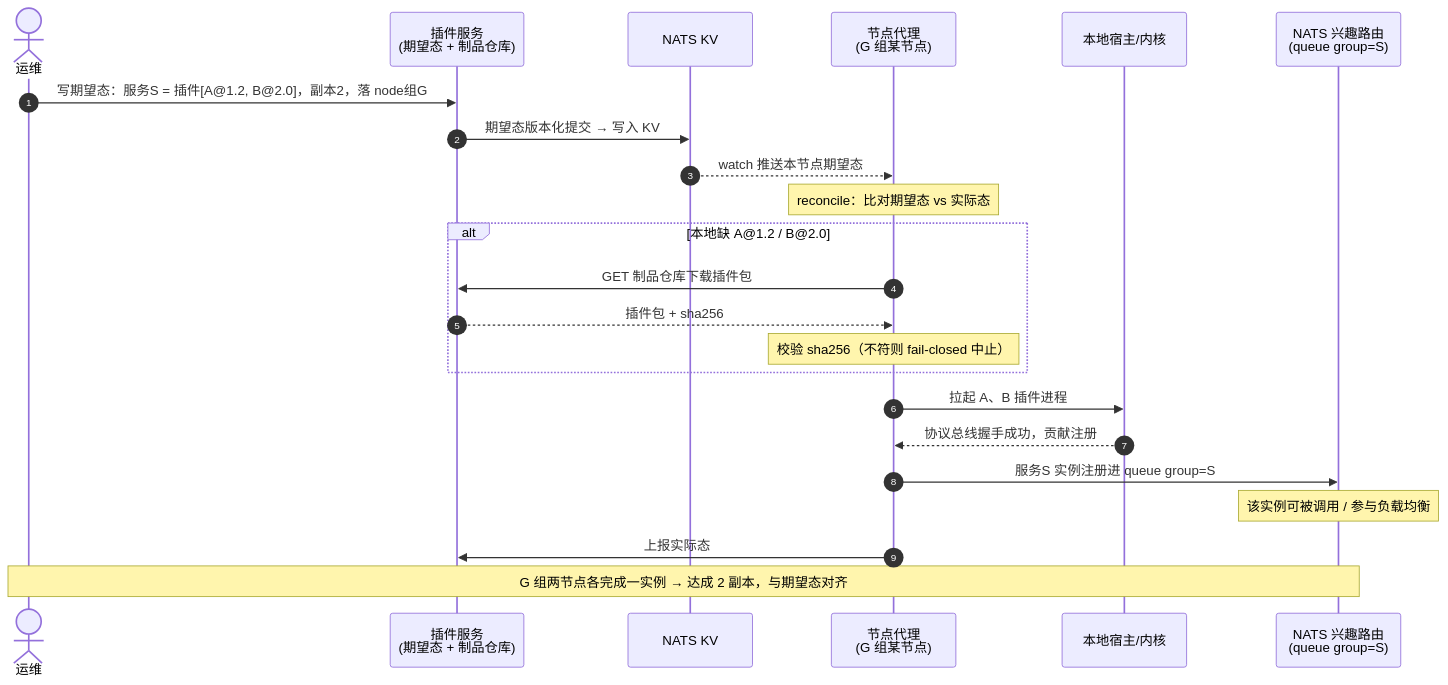
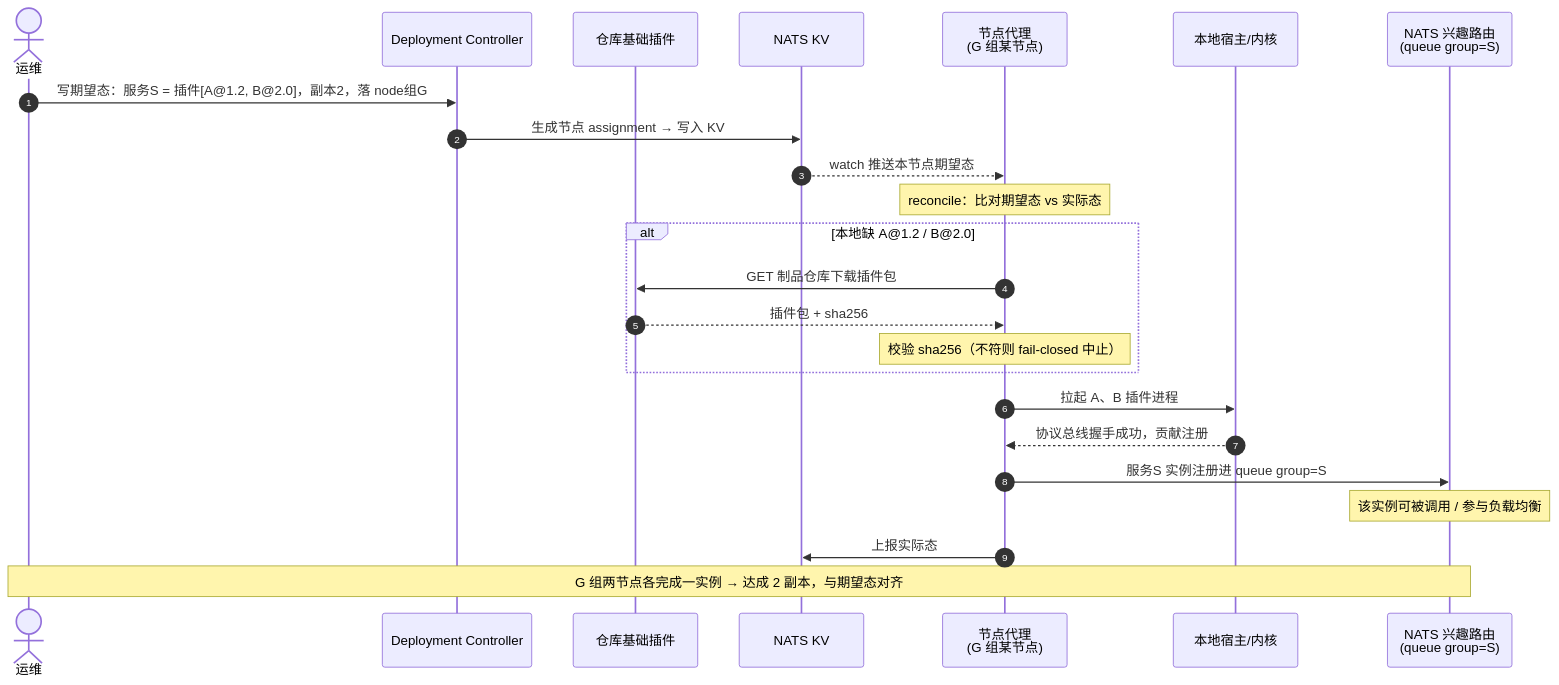
The fifth of 6 diagrams in docs/dev/architecture/系统架构.md (yandt/VastPlan), drawn with Mermaid before and after one commit. The commit also changed other lines of this file and 28 other files, not shown here.

````diff
--- a/docs/dev/architecture/系统架构.md
+++ b/docs/dev/architecture/系统架构.md
@@ -383,29 +382,30 @@
 ```mermaid
 sequenceDiagram
     autonumber
     actor Ops as 运维
-    participant PS as 插件服务<br/>(期望态 + 制品仓库)
+    participant CTRL as Deployment Controller
+    participant PS as 仓库基础插件
     participant KV as NATS KV
     participant A as 节点代理<br/>(G 组某节点)
     participant H as 本地宿主/内核
     participant Mesh as NATS 兴趣路由<br/>(queue group=S)
 
-    Ops->>PS: 写期望态：服务S = 插件[A@1.2, B@2.0]，副本2，落 node组G
-    PS->>KV: 期望态版本化提交 → 写入 KV
+    Ops->>CTRL: 写期望态：服务S = 插件[A@1.2, B@2.0]，副本2，落 node组G
+    CTRL->>KV: 生成节点 assignment → 写入 KV
     KV-->>A: watch 推送本节点期望态
     Note over A: reconcile：比对期望态 vs 实际态
 
     alt 本地缺 A@1.2 / B@2.0
         A->>PS: GET 制品仓库下载插件包
         PS-->>A: 插件包 + sha256
         Note over A: 校验 sha256（不符则 fail-closed 中止）
     end
 
     A->>H: 拉起 A、B 插件进程
     H-->>A: 协议总线握手成功，贡献注册
     A->>Mesh: 服务S 实例注册进 queue group=S
     Note over Mesh: 该实例可被调用 / 参与负载均衡
-    A->>PS: 上报实际态
+    A->>KV: 上报实际态
 
     Note over Ops,Mesh: G 组两节点各完成一实例 → 达成 2 副本，与期望态对齐
 ```
````
